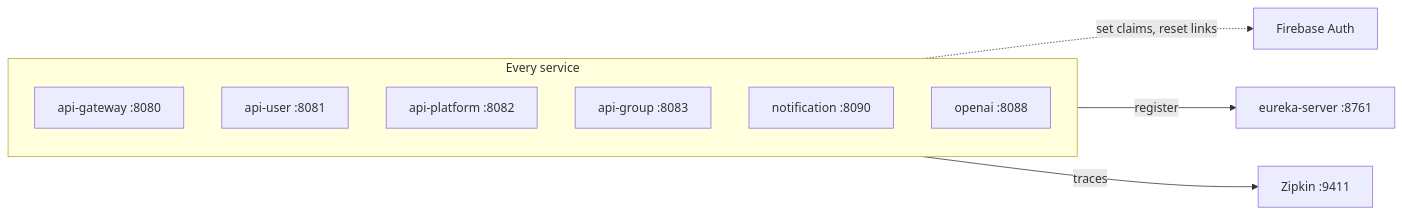
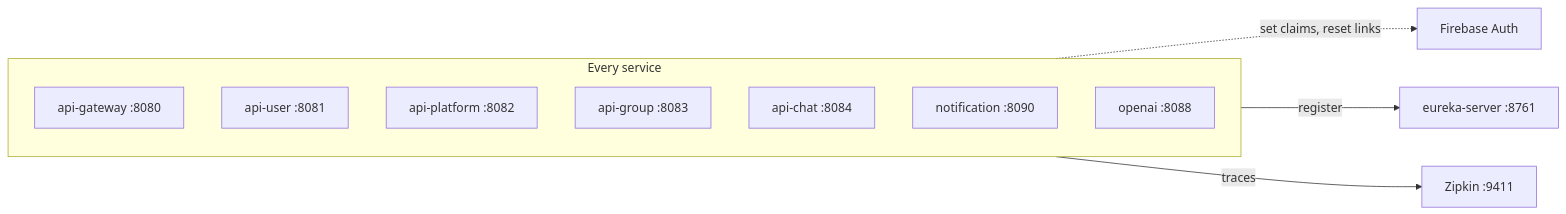
The second of 6 diagrams in docs/ARCHITECTURE.md (dragos-galeteanu/trip-huddle-backend), drawn with Mermaid before and after one commit. The commit also changed other lines of this file and 5 other files, not shown here.

Commit message:
Update docs after adding push notifications, websockets and `api-chat`

````diff
--- a/docs/ARCHITECTURE.md
+++ b/docs/ARCHITECTURE.md
@@ -49,16 +56,17 @@
 ```mermaid
 flowchart LR
     subgraph ALL[Every service]
         direction TB
         GW[api-gateway :8080]
         U[api-user :8081]
         P[api-platform :8082]
         G[api-group :8083]
+        CH[api-chat :8084]
         N[notification :8090]
         O[openai :8088]
     end
 
     ALL -->|register| E[eureka-server :8761]
     ALL -->|traces| Z[Zipkin :9411]
     U -.->|set claims, reset links| FB[Firebase Auth]
 ```
````
